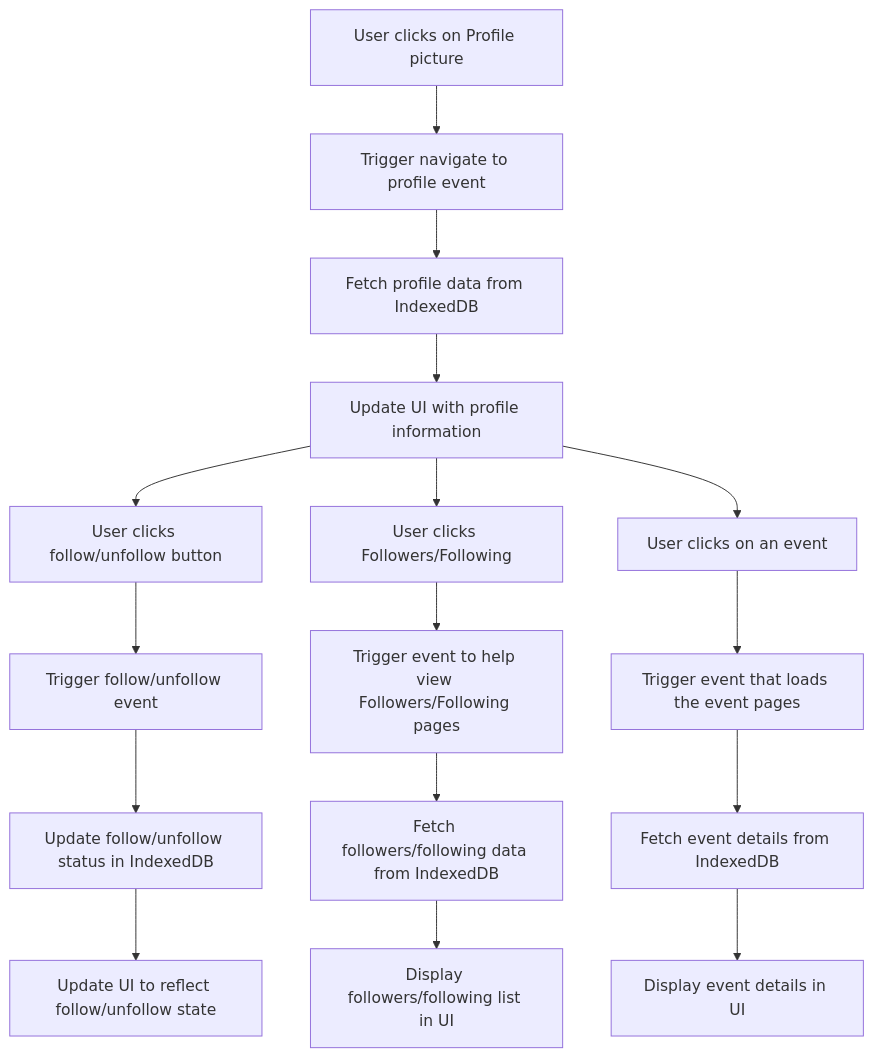
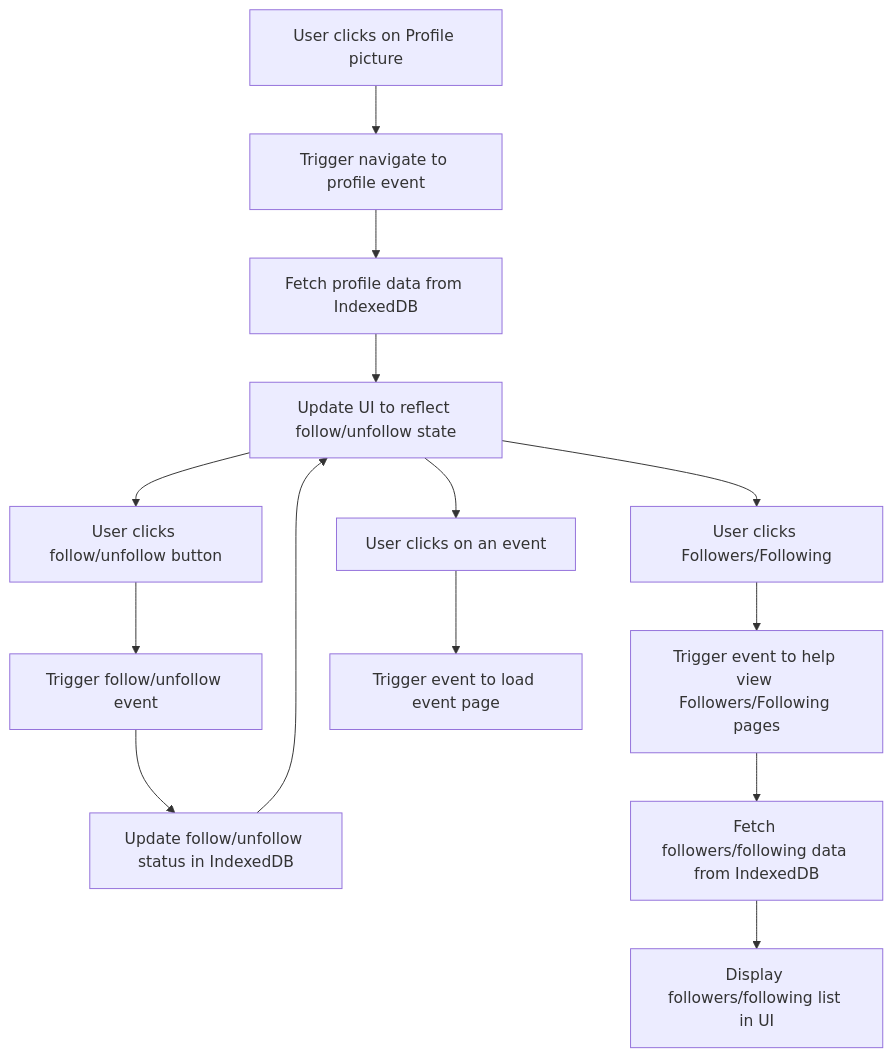
Before and after one commit to sophiatangg/CS326Team26: the diagram in team/m3/erika-lam-f/feature-sequence-diagram.md, drawn with Mermaid.

````diff
--- a/team/m3/erika-lam-f/feature-sequence-diagram.md
+++ b/team/m3/erika-lam-f/feature-sequence-diagram.md
@@ -3,21 +3,19 @@
 ```mermaid
 flowchart TD
     A[User clicks on Profile picture] --> B[Trigger navigate to profile event];
     B --> C[Fetch profile data from IndexedDB];
     C --> D[Update UI with profile information];
 
     D --> E[User clicks follow/unfollow button];
     E --> F[Trigger follow/unfollow event];
     F --> G[Update follow/unfollow status in IndexedDB];
-    G --> H[Update UI to reflect follow/unfollow state];
+    G --> D[Update UI to reflect follow/unfollow state];
 
     D --> I[User clicks Followers/Following];
     I --> J[Trigger event to help view Followers/Following pages];
     J --> K[Fetch followers/following data from IndexedDB];
     K --> L[Display followers/following list in UI];
 
     D --> M[User clicks on an event];
-    M --> N[Trigger event that loads the event pages];
-    N --> O[Fetch event details from IndexedDB];
-    O --> P[Display event details in UI];
+    M --> N[Trigger event to load event page];
 ```
````
